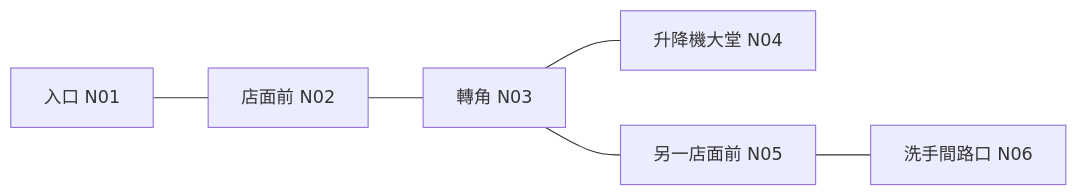
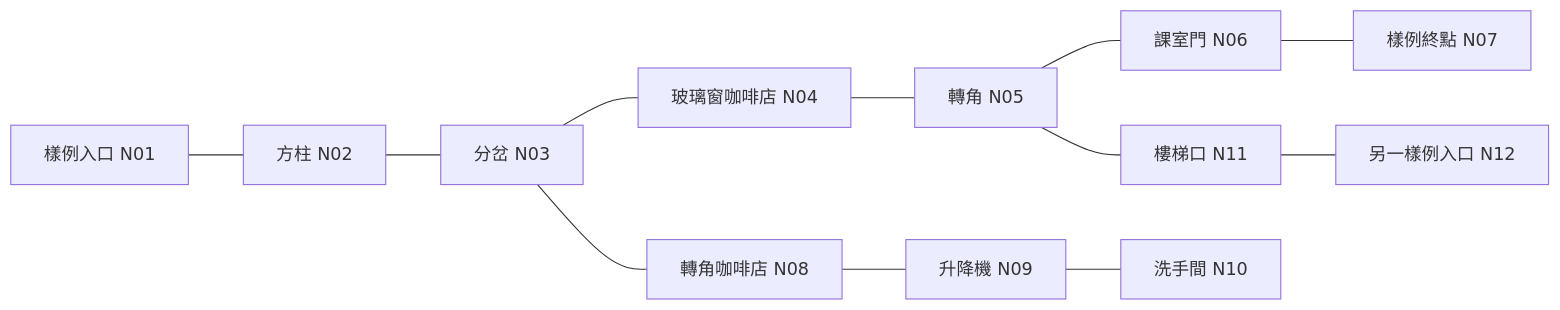
Before and after one commit to actiondarr/pathguide: the diagram in docs/FRONTEND-DESIGN.zh-HK.md, drawn with Mermaid. The commit also changed other lines of this file and 15 other files, not shown here.

Commit message:
Add indoor graph and annotated landmark replay with safe unknown states

````diff
--- a/docs/FRONTEND-DESIGN.zh-HK.md
+++ b/docs/FRONTEND-DESIGN.zh-HK.md
@@ -150,8 +150,8 @@
 ```mermaid
 graph LR
-  A[入口 N01] --- B[店面前 N02]
-  B --- C[轉角 N03]
-  C --- D[升降機大堂 N04]
-  C --- E[另一店面前 N05]
-  E --- F[洗手間路口 N06]
+  N01[樣例入口 N01] --- N02[方柱 N02] --- N03[分岔 N03]
+  N03 --- N04[玻璃窗咖啡店 N04] --- N05[轉角 N05]
+  N05 --- N06[課室門 N06] --- N07[樣例終點 N07]
+  N03 --- N08[轉角咖啡店 N08] --- N09[升降機 N09] --- N10[洗手間 N10]
+  N05 --- N11[樓梯口 N11] --- N12[另一樣例入口 N12]
 ```
````
